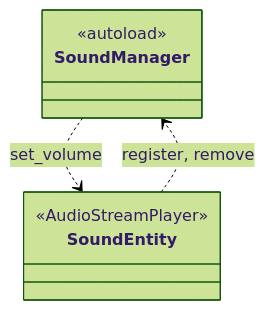
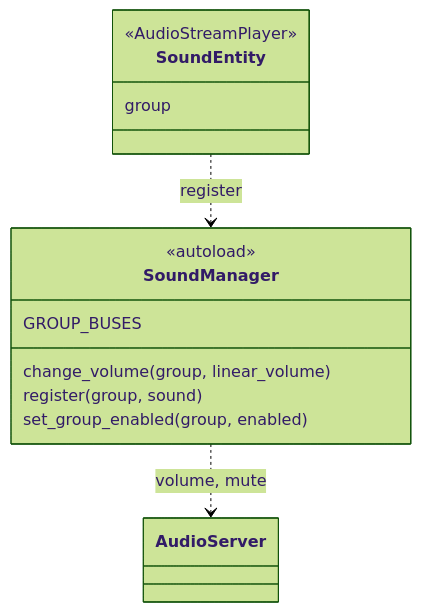
One commit to Cat-aclsym/documentation changed the diagram in src/content/docs/development/guides/audio.md. Above: the diagram before and after it, drawn with Mermaid (forest theme). The commit also changed other lines of this file and 6 other files, not shown here.

Commit message:
docs(narrative): Document per-locale timelines, one-time dialogues, the tutorial, translation keys, UI, audio buses and user flows.

````diff
--- a/src/content/docs/development/guides/audio.md
+++ b/src/content/docs/development/guides/audio.md
@@ -11,11 +11,16 @@
 ```mermaid
 classDiagram
     class SoundManager {
         <<autoload>>
+        GROUP_BUSES
+        change_volume(group, linear_volume)
+        register(group, sound)
+        set_group_enabled(group, enabled)
     }
     class SoundEntity {
         <<AudioStreamPlayer>>
+        group
     }
-    SoundEntity ..> SoundManager : register, remove
-    SoundManager ..> SoundEntity : set_volume
+    SoundEntity ..> SoundManager : register
+    SoundManager ..> AudioServer : volume, mute
 ```
````
